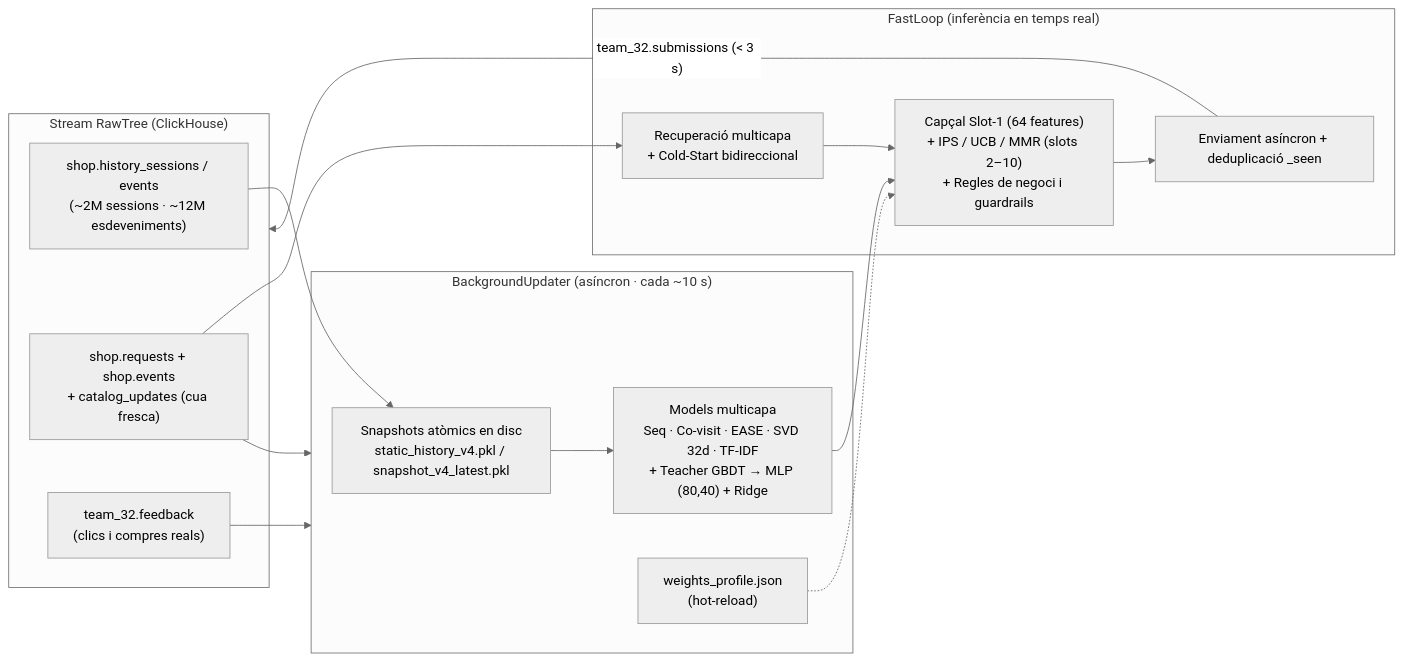
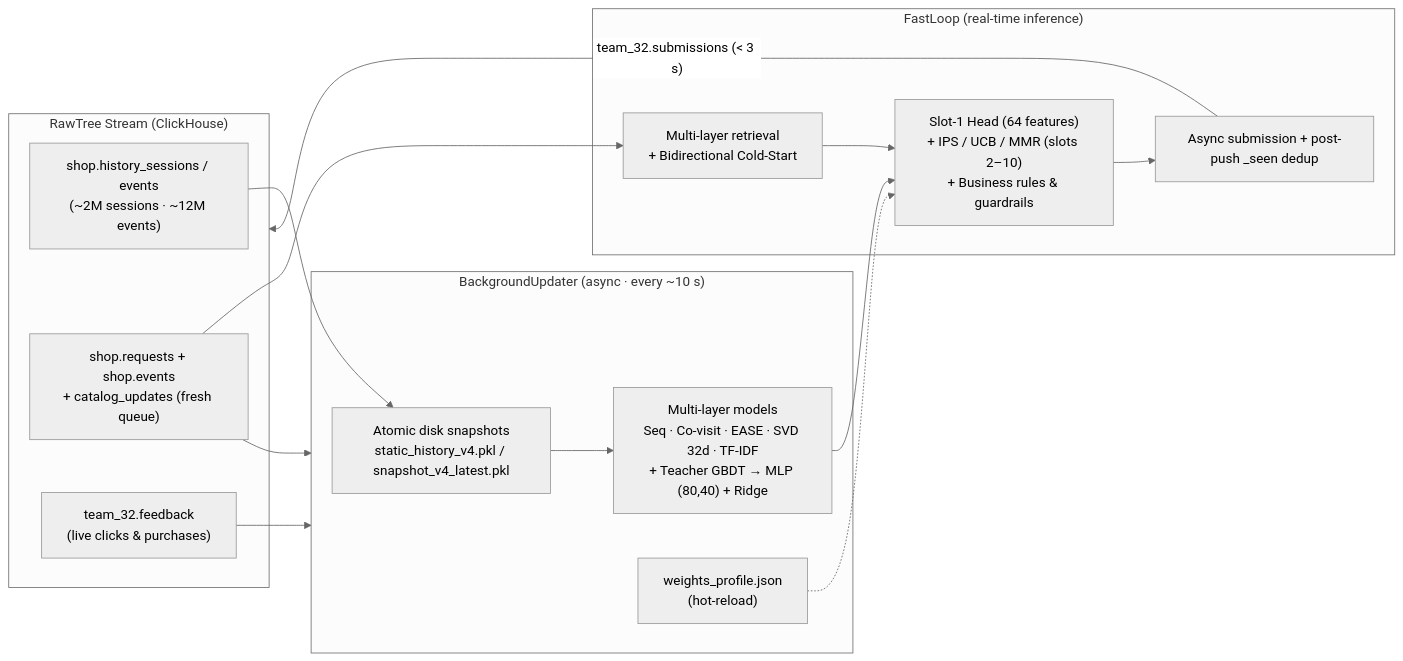
One commit to efernaca/Datathon-2026---DataVengers changed the diagram in README.md. Above: the diagram before and after it, drawn with Mermaid (neutral theme). The commit also changed other lines of this file, not shown here.

````diff
--- a/README.md
+++ b/README.md
@@ -17,27 +17,27 @@
 ```mermaid
 flowchart LR
-    subgraph RawTree["Stream RawTree (ClickHouse)"]
-        H["shop.history_sessions / events\n(~2M sessions · ~12M esdeveniments)"]
-        Q["shop.requests + shop.events\n+ catalog_updates (cua fresca)"]
-        F["team_32.feedback\n(clics i compres reals)"]
+    subgraph RawTree["RawTree Stream (ClickHouse)"]
+        H["shop.history_sessions / events\n(~2M sessions · ~12M events)"]
+        Q["shop.requests + shop.events\n+ catalog_updates (fresh queue)"]
+        F["team_32.feedback\n(live clicks & purchases)"]
     end
 
-    subgraph Bg["BackgroundUpdater (asíncron · cada ~10 s)"]
-        S["Snapshots atòmics en disc\nstatic_history_v4.pkl / snapshot_v4_latest.pkl"]
-        T["Models multicapa\nSeq · Co-visit · EASE · SVD 32d · TF-IDF\n+ Teacher GBDT → MLP (80,40) + Ridge"]
+    subgraph Bg["BackgroundUpdater (async · every ~10 s)"]
+        S["Atomic disk snapshots\nstatic_history_v4.pkl / snapshot_v4_latest.pkl"]
+        T["Multi-layer models\nSeq · Co-visit · EASE · SVD 32d · TF-IDF\n+ Teacher GBDT → MLP (80,40) + Ridge"]
         P["weights_profile.json\n(hot-reload)"]
     end
 
-    subgraph Fast["FastLoop (inferència en temps real)"]
-        C["Recuperació multicapa\n+ Cold-Start bidireccional"]
-        R["Capçal Slot-1 (64 features)\n+ IPS / UCB / MMR (slots 2–10)\n+ Regles de negoci i guardrails"]
-        A["Enviament asíncron + deduplicació _seen"]
+    subgraph Fast["FastLoop (real-time inference)"]
+        C["Multi-layer retrieval\n+ Bidirectional Cold-Start"]
+        R["Slot-1 Head (64 features)\n+ IPS / UCB / MMR (slots 2–10)\n+ Business rules & guardrails"]
+        A["Async submission + post-push _seen dedup"]
     end
 
     H --> S --> T
     Q --> Bg
     F --> Bg
     T --> R
     P -.-> R
     Q --> C --> R --> A -->|"team_32.submissions (< 3 s)"| RawTree
 ```
````
